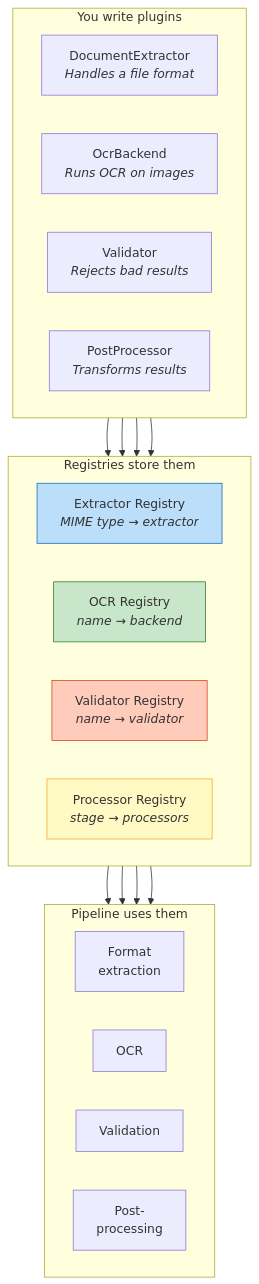
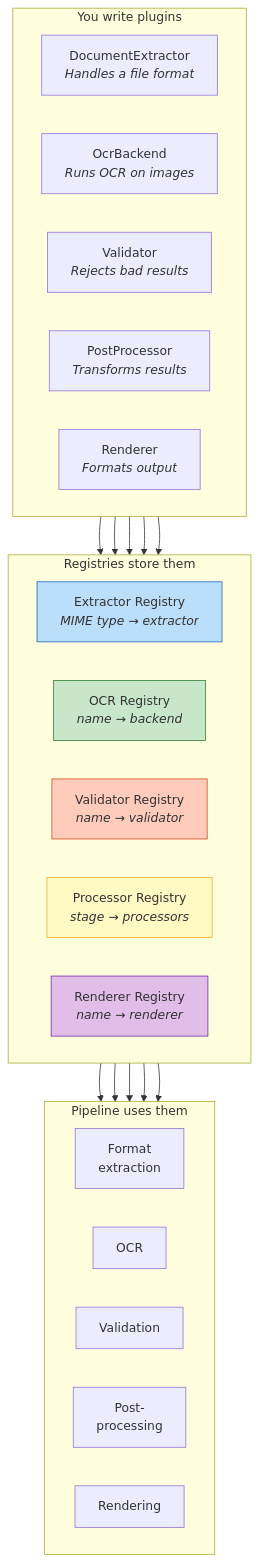
One commit to geyerandreas/kreuzberg changed the first of 3 diagrams in docs/concepts/plugin-system.md. Above: the diagram before and after it, drawn with Mermaid. The commit also changed other lines of this file and 5 other files, not shown here.

````diff
--- a/docs/concepts/plugin-system.md
+++ b/docs/concepts/plugin-system.md
@@ -13,41 +13,47 @@
 ```mermaid
 flowchart TB
     subgraph layer1 ["You write plugins"]
         direction LR
         E["DocumentExtractor\n<i>Handles a file format</i>"]
         O["OcrBackend\n<i>Runs OCR on images</i>"]
         V["Validator\n<i>Rejects bad results</i>"]
         P["PostProcessor\n<i>Transforms results</i>"]
+        R["Renderer\n<i>Formats output</i>"]
     end
 
     subgraph layer2 ["Registries store them"]
         direction LR
         ER["Extractor Registry\n<i>MIME type → extractor</i>"]
         OR["OCR Registry\n<i>name → backend</i>"]
         VR["Validator Registry\n<i>name → validator</i>"]
         PR["Processor Registry\n<i>stage → processors</i>"]
+        RR["Renderer Registry\n<i>name → renderer</i>"]
     end
 
     subgraph layer3 ["Pipeline uses them"]
         direction LR
         P1["Format\nextraction"]
         P2["OCR"]
         P3["Validation"]
         P4["Post-\nprocessing"]
+        P5["Rendering"]
     end
 
     E --> ER
     O --> OR
     V --> VR
     P --> PR
+    R --> RR
 
     ER --> P1
     OR --> P2
     VR --> P3
     PR --> P4
+    RR --> P5
 
     style ER fill:#bbdefb,stroke:#1565c0
     style OR fill:#c8e6c9,stroke:#2e7d32
     style VR fill:#ffccbc,stroke:#d84315
     style PR fill:#fff9c4,stroke:#f9a825
+    style RR fill:#e1bee7,stroke:#7b1fa2
 ```
````
